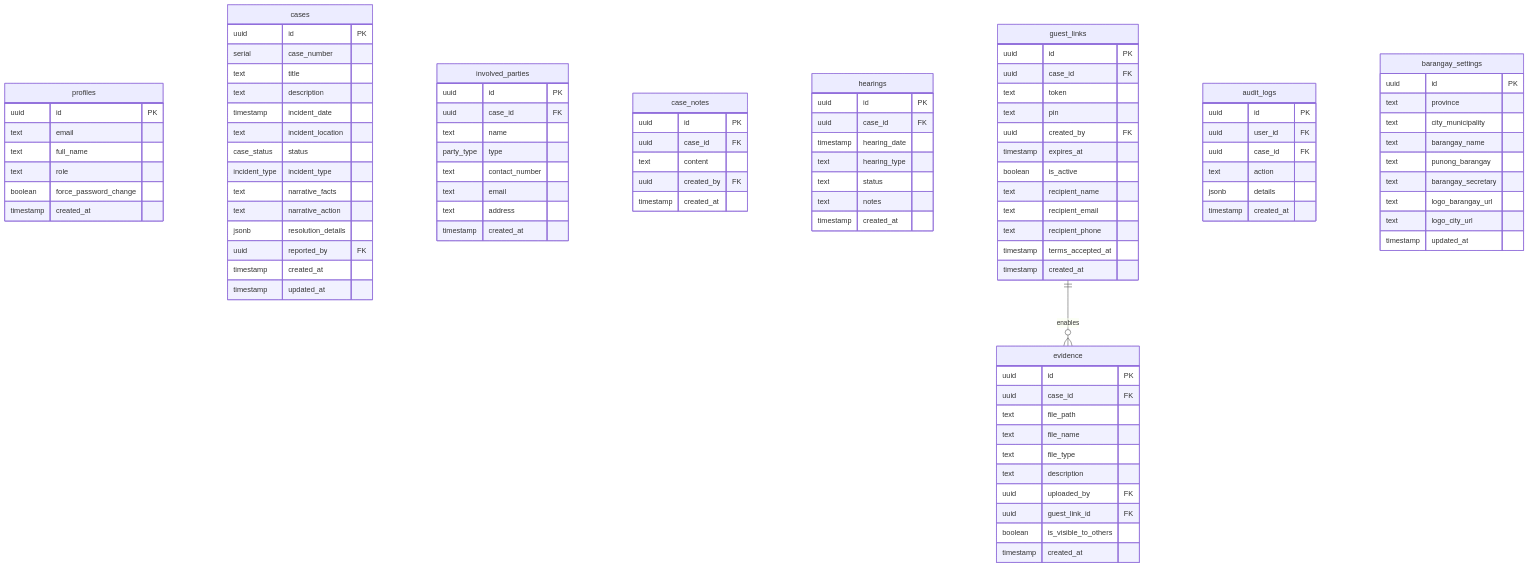
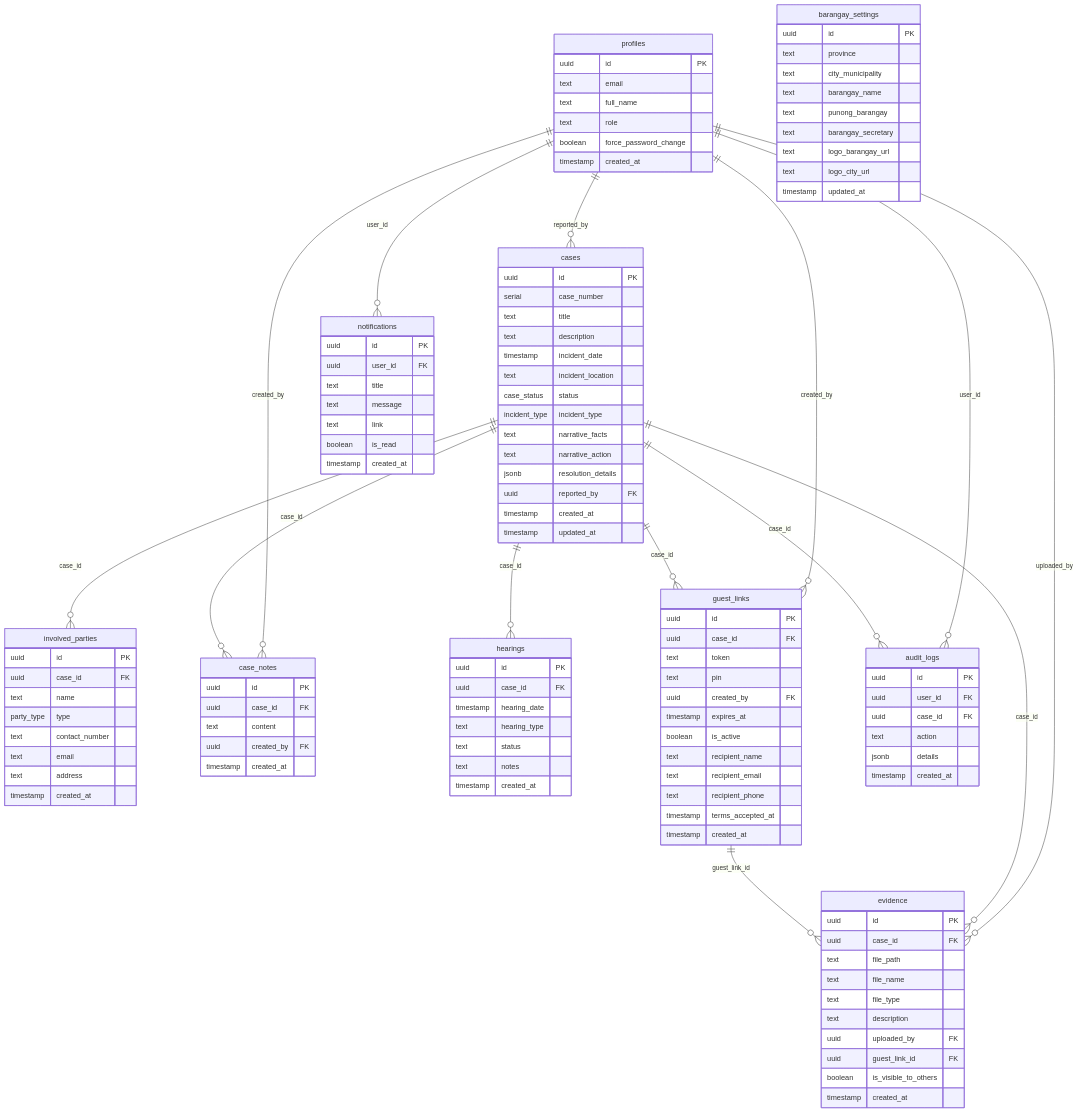
One commit to Godwynski/Final changed the first of 10 diagrams in public/README.md. Above: the diagram before and after it, drawn with Mermaid. The commit also changed other lines of this file and 2 other files, not shown here.

Commit message:
feat: Add comprehensive project documentation and a new real-time listener component.

````diff
--- a/public/README.md
+++ b/public/README.md
@@ -323,6 +322,15 @@
         timestamp created_at
     }
 
+    notifications {
+        uuid id PK
+        uuid user_id FK
+        text title
+        text message
+        text link
+        boolean is_read
+        timestamp created_at
+    }
 
     barangay_settings {
         uuid id PK
@@ -336,5 +344,22 @@
         timestamp updated_at
     }
 
-    guest_links ||--o{ evidence : enables
+    %% Relationships from profiles
+    profiles ||--o{ cases : "reported_by"
+    profiles ||--o{ case_notes : "created_by"
+    profiles ||--o{ guest_links : "created_by"
+    profiles ||--o{ evidence : "uploaded_by"
+    profiles ||--o{ audit_logs : "user_id"
+    profiles ||--o{ notifications : "user_id"
+
+    %% Relationships from cases
+    cases ||--o{ involved_parties : "case_id"
+    cases ||--o{ case_notes : "case_id"
+    cases ||--o{ hearings : "case_id"
+    cases ||--o{ guest_links : "case_id"
+    cases ||--o{ evidence : "case_id"
+    cases ||--o{ audit_logs : "case_id"
+
+    %% Relationship from guest_links
+    guest_links ||--o{ evidence : "guest_link_id"
 ```
````
